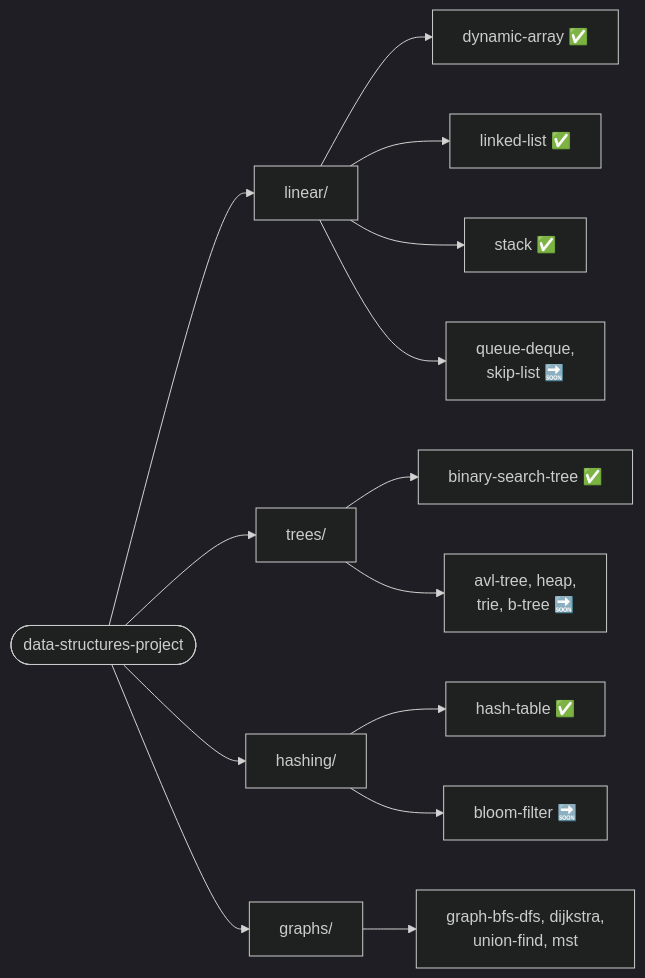
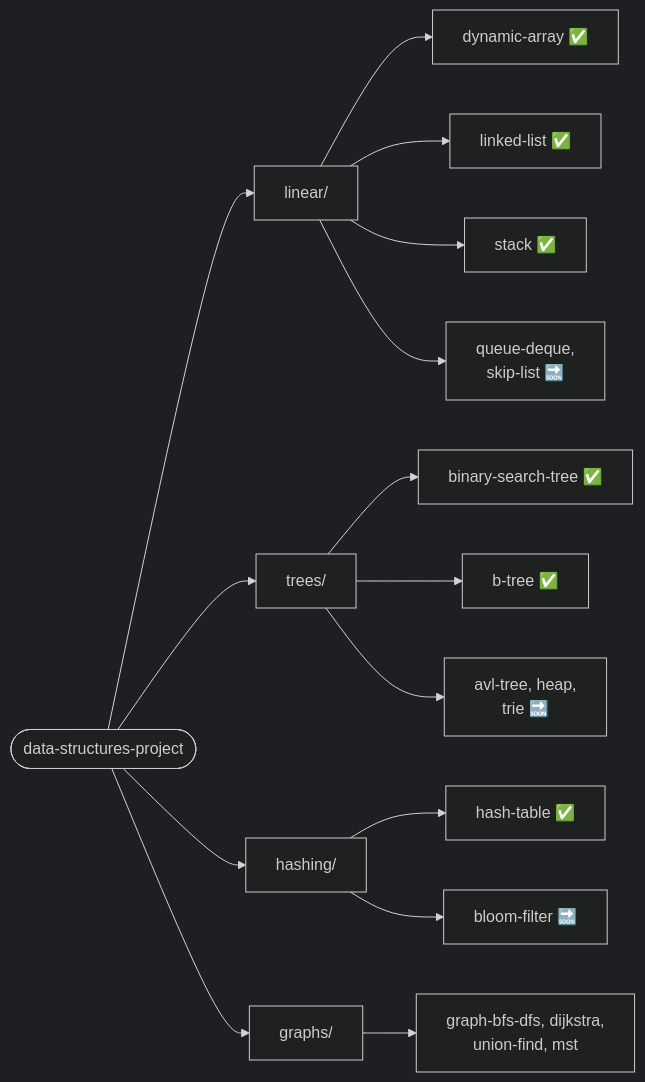
One commit to leon-lourenco/data-structures-project changed the diagram in README.md. Above: the diagram before and after it, drawn with Mermaid (dark theme). The commit also changed other lines of this file and 9 other files, not shown here.

````diff
--- a/README.md
+++ b/README.md
@@ -62,16 +62,17 @@
 ```mermaid
 flowchart LR
     Root(["data-structures-project"]) --> Linear["linear/"]
     Root --> Trees["trees/"]
     Root --> Hashing["hashing/"]
     Root --> Graphs["graphs/"]
     Linear --> DynamicArray["dynamic-array ✅"]
     Linear --> LinkedList["linked-list ✅"]
     Linear --> StackMod["stack ✅"]
     Linear --> LinearRest["queue-deque,\nskip-list 🔜"]
     Trees --> BST["binary-search-tree ✅"]
-    Trees --> TreesRest["avl-tree, heap,\ntrie, b-tree 🔜"]
+    Trees --> BTree["b-tree ✅"]
+    Trees --> TreesRest["avl-tree, heap,\ntrie 🔜"]
     Hashing --> HashTable["hash-table ✅"]
     Hashing --> HashingRest["bloom-filter 🔜"]
     Graphs --> GraphsMods["graph-bfs-dfs, dijkstra,\nunion-find, mst"]
 ```
````
